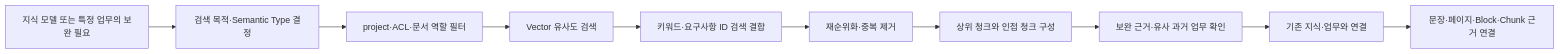
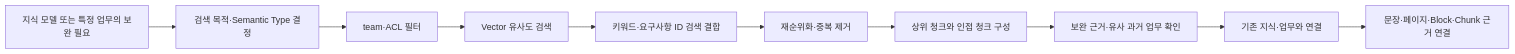
One commit to SKNETWORKS-FAMILY-AICAMP/SKN29-FINAL-2TEAM changed the fourth of 7 diagrams in docs/1_기획/기획서_v5_AI프로젝트운영코파일럿.md. Above: the diagram before and after it, drawn with Mermaid. The commit also changed other lines of this file and 6 other files, not shown here.

```diff
--- a/docs/1_기획/기획서_v5_AI프로젝트운영코파일럿.md
+++ b/docs/1_기획/기획서_v5_AI프로젝트운영코파일럿.md
@@ -421,12 +421,12 @@
 ~~~mermaid
 flowchart LR
     A["지식 모델 또는 특정 업무의 보완 필요"] --> B["검색 목적·Semantic Type 결정"]
-    B --> C["project·ACL·문서 역할 필터"]
+    B --> C["team·ACL 필터"]
     C --> D["Vector 유사도 검색"]
     D --> E["키워드·요구사항 ID 검색 결합"]
     E --> F["재순위화·중복 제거"]
     F --> G["상위 청크와 인접 청크 구성"]
     G --> H["보완 근거·유사 과거 업무 확인"]
     H --> I["기존 지식·업무와 연결"]
     I --> J["문장·페이지·Block·Chunk 근거 연결"]
 ~~~
```
